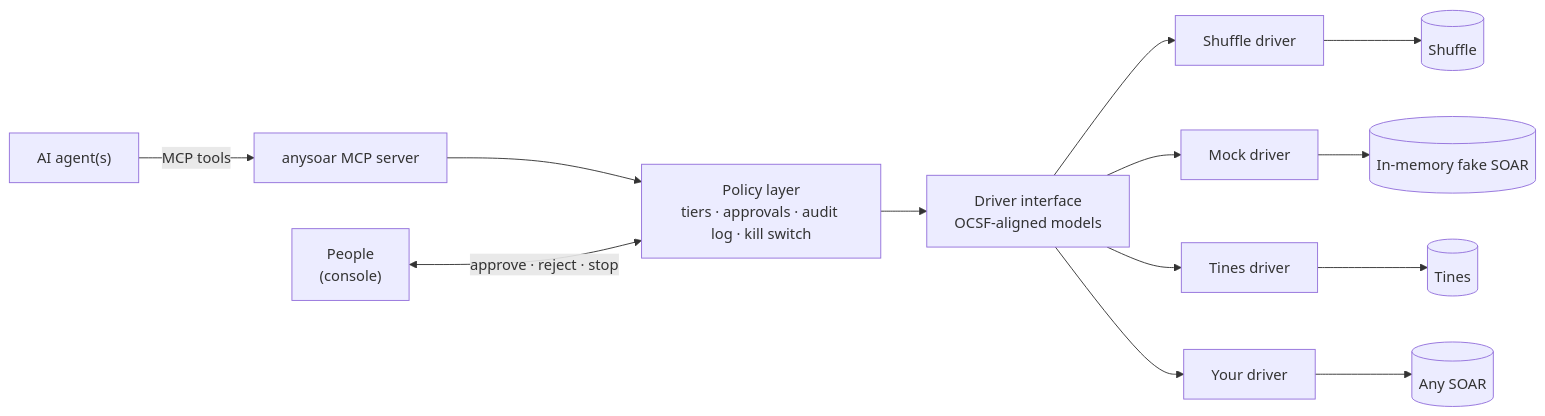
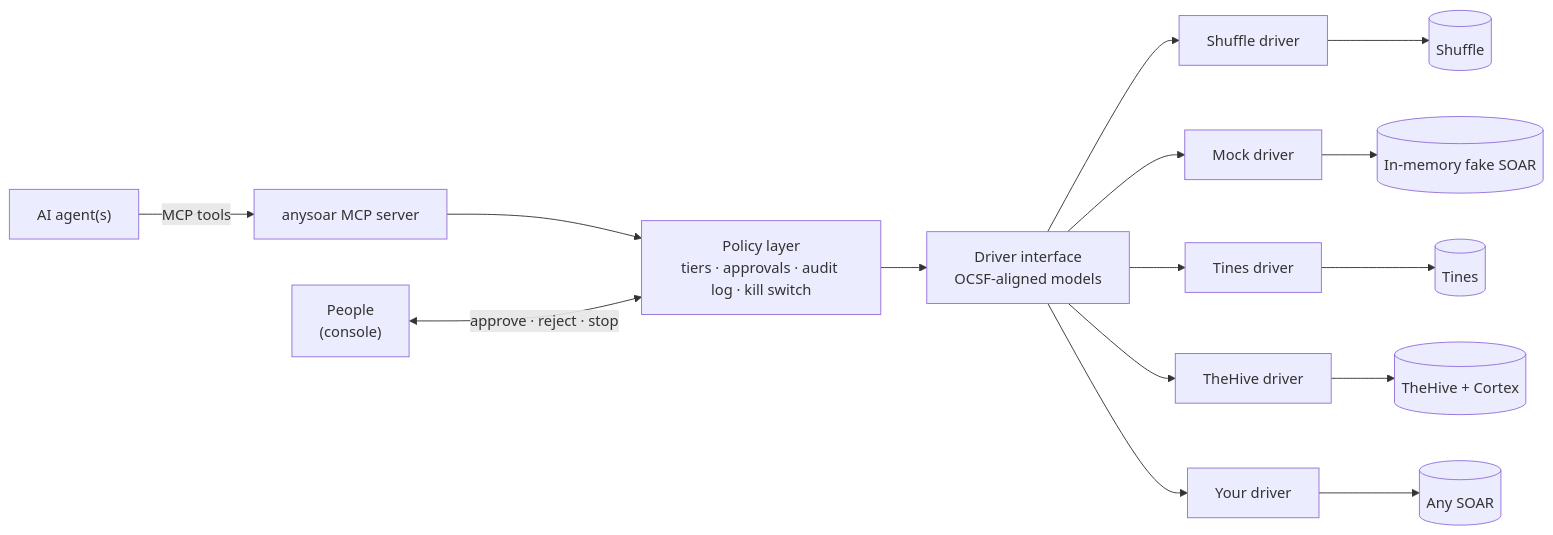
One commit to ag3ntsc4rn/anysoar changed the diagram in README.md. Above: the diagram before and after it, drawn with Mermaid. The commit also changed other lines of this file and 7 other files, not shown here.

First line of the commit message:
feat(mcp): serve TheHive, seed its lab, document the driver

````diff
--- a/README.md
+++ b/README.md
@@ -47,15 +48,17 @@
 ```mermaid
 flowchart LR
     A["AI agent(s)"] -->|MCP tools| M["anysoar MCP server"]
     M --> P["Policy layer<br/>tiers · approvals · audit log · kill switch"]
     H["People<br/>(console)"] <-->|approve · reject · stop| P
     P --> I["Driver interface<br/>OCSF-aligned models"]
     I --> D1["Shuffle driver"]
     I --> D2["Mock driver"]
     I --> D4["Tines driver"]
+    I --> D5["TheHive driver"]
     I --> D3["Your driver"]
     D1 --> S1[("Shuffle")]
     D2 --> S2[("In-memory fake SOAR")]
     D4 --> S4[("Tines")]
+    D5 --> S5[("TheHive + Cortex")]
     D3 --> S3[("Any SOAR")]
 ```
````
